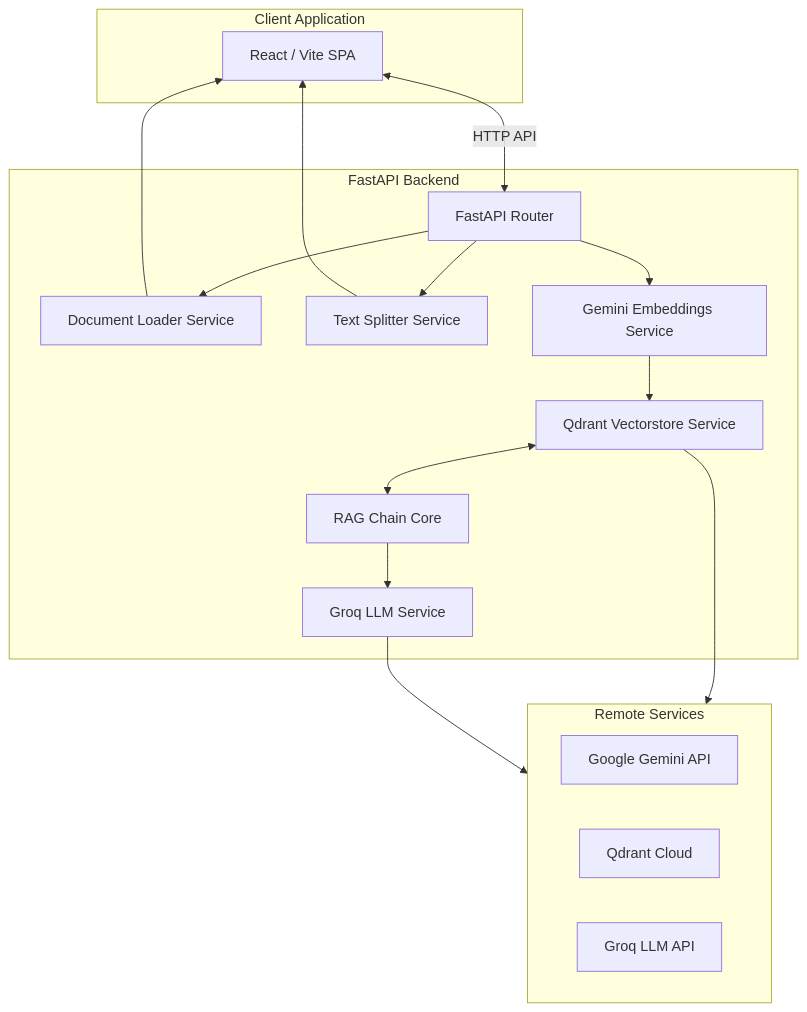
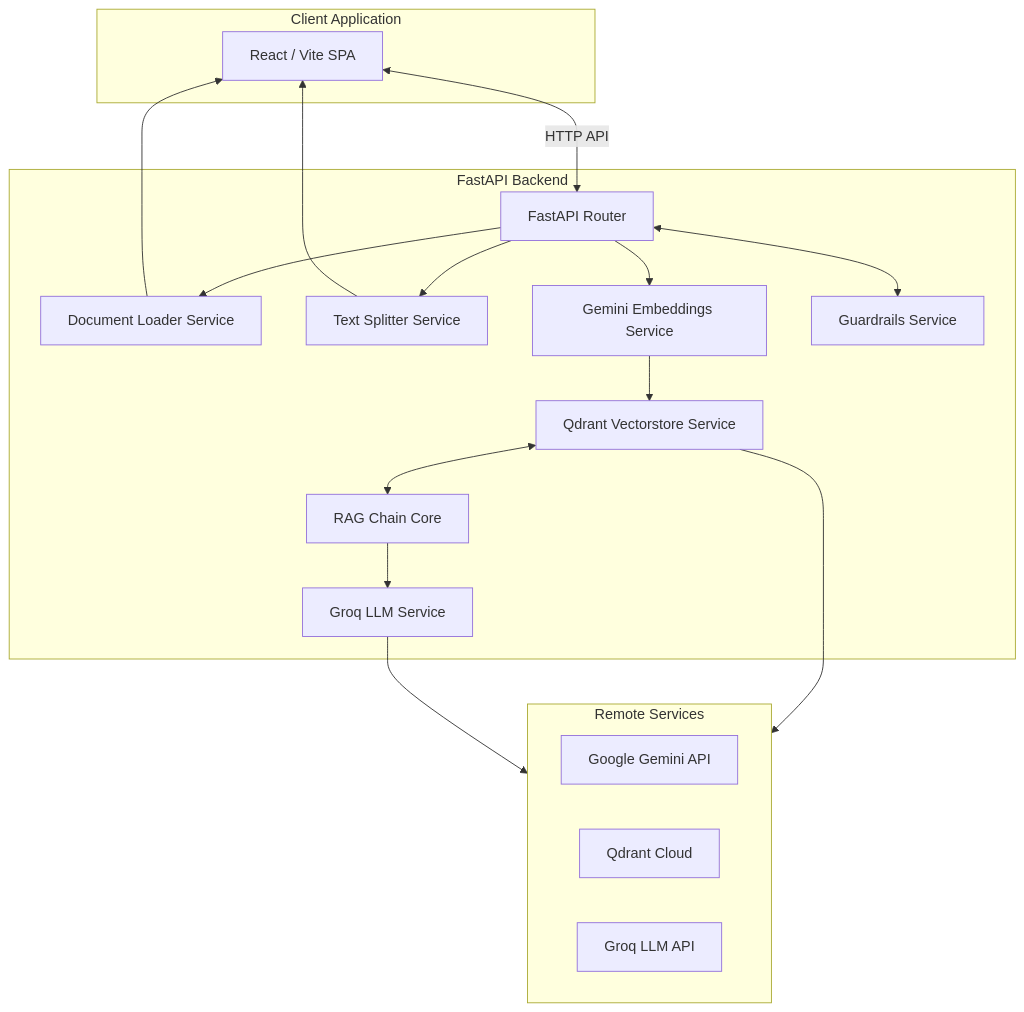
One commit to theravirai/source-stream changed the diagram in docs/architecture.md. Above: the diagram before and after it, drawn with Mermaid. The commit also changed other lines of this file and 1 other file, not shown here.

Commit message:
docs: update architecture and README about Guardrails

````diff
--- a/docs/architecture.md
+++ b/docs/architecture.md
@@ -7,34 +7,36 @@
 ```mermaid
 graph TD
     subgraph Client [Client Application]
         UI[React / Vite SPA]
     end
 
     subgraph Server [FastAPI Backend]
         API[FastAPI Router]
         DL[Document Loader Service]
         TS[Text Splitter Service]
         EMB[Gemini Embeddings Service]
         VEC[Qdrant Vectorstore Service]
         LLM[Groq LLM Service]
         RAG[RAG Chain Core]
+        GUARD[Guardrails Service]
     end
 
     subgraph Remote [Remote Services]
         Gemini[Google Gemini API]
         Qdrant[Qdrant Cloud]
         Groq[Groq LLM API]
     end
 
     UI <-->|HTTP API| API
+    API <--> GUARD
     API --> DL
     API --> TS
     API --> EMB
     DL --> UI
     TS --> UI
     EMB --> VEC
     VEC --> Remote
     VEC <--> RAG
     RAG --> LLM
     LLM --> Remote
 ```
````
